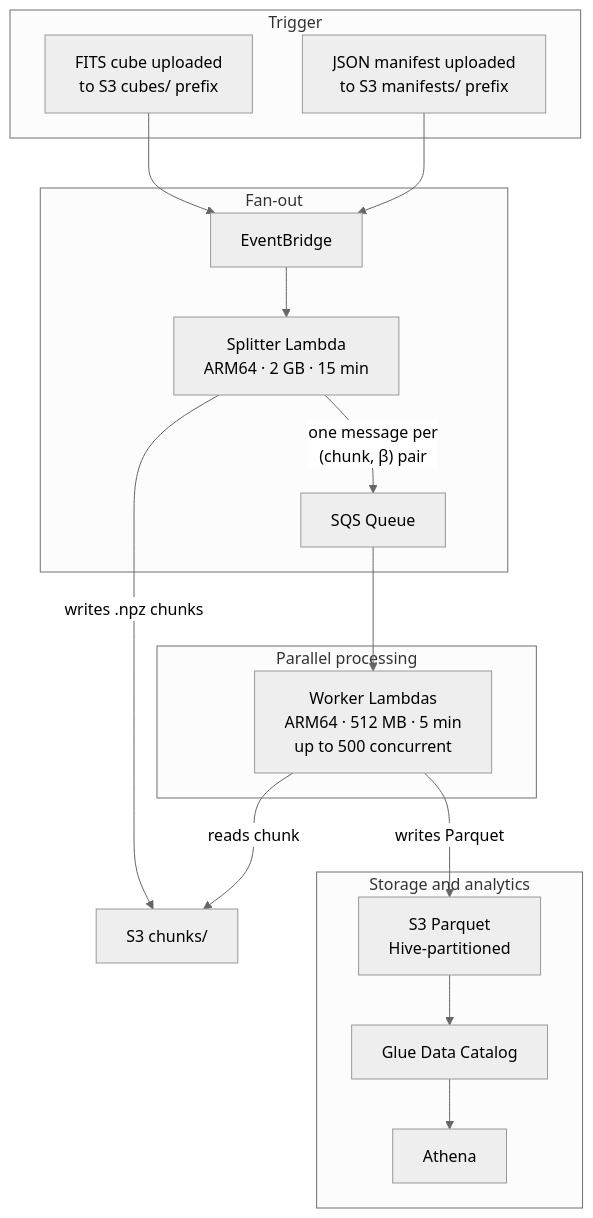
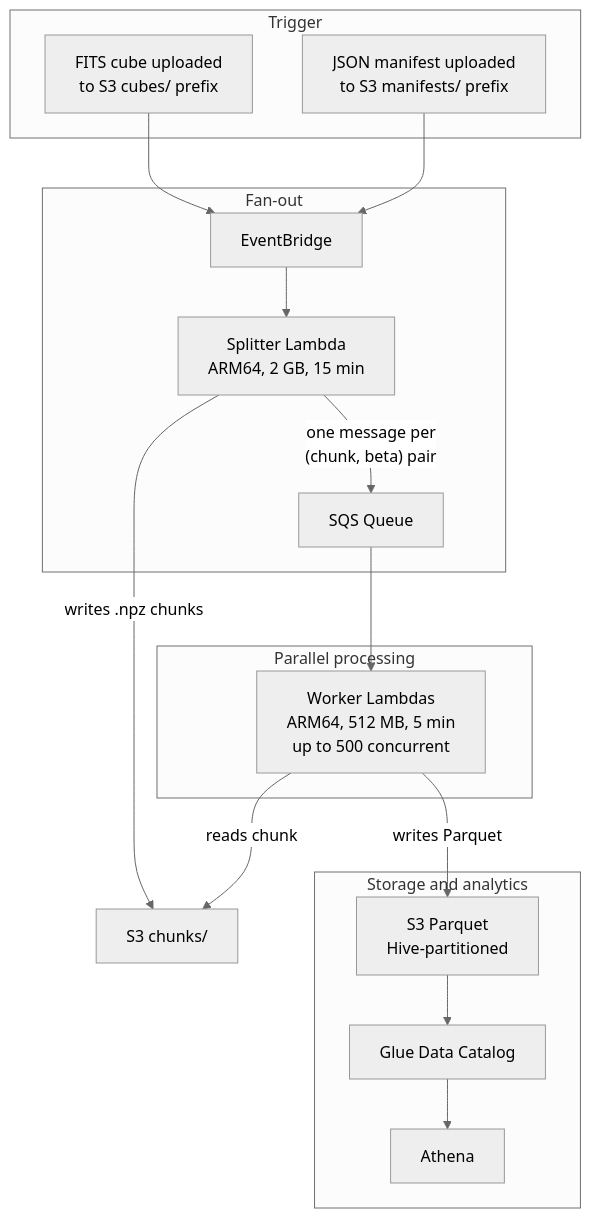
The first of 3 diagrams in packages/docs/docs/infrastructure/aws-pipeline.md (caverac/phspectra), drawn with Mermaid (neutral theme) before and after one commit. The commit also changed other lines of this file and 25 other files, not shown here.

````diff
--- a/packages/docs/docs/infrastructure/aws-pipeline.md
+++ b/packages/docs/docs/infrastructure/aws-pipeline.md
@@ -13,34 +13,34 @@
 ```mermaid
 flowchart TB
     subgraph trigger["Trigger"]
         F["FITS cube uploaded<br/>to S3 cubes/ prefix"]
         M["JSON manifest uploaded<br/>to S3 manifests/ prefix"]
     end
 
     subgraph split["Fan-out"]
         EB["EventBridge"]
-        SP["Splitter Lambda<br/>ARM64 · 2 GB · 15 min"]
+        SP["Splitter Lambda<br/>ARM64, 2 GB, 15 min"]
         SQS["SQS Queue"]
     end
 
     subgraph work["Parallel processing"]
-        W["Worker Lambdas<br/>ARM64 · 512 MB · 5 min<br/>up to 500 concurrent"]
+        W["Worker Lambdas<br/>ARM64, 512 MB, 5 min<br/>up to 500 concurrent"]
     end
 
     subgraph store["Storage and analytics"]
         S3["S3 Parquet<br/>Hive-partitioned"]
         GL["Glue Data Catalog"]
         AT["Athena"]
     end
 
     F --> EB
     M --> EB
     EB --> SP
     SP -- "writes .npz chunks" --> S3C["S3 chunks/"]
-    SP -- "one message per<br/>(chunk, β) pair" --> SQS
+    SP -- "one message per<br/>(chunk, beta) pair" --> SQS
     SQS --> W
     W -- "reads chunk" --> S3C
     W -- "writes Parquet" --> S3
     S3 --> GL
     GL --> AT
 ```
````
